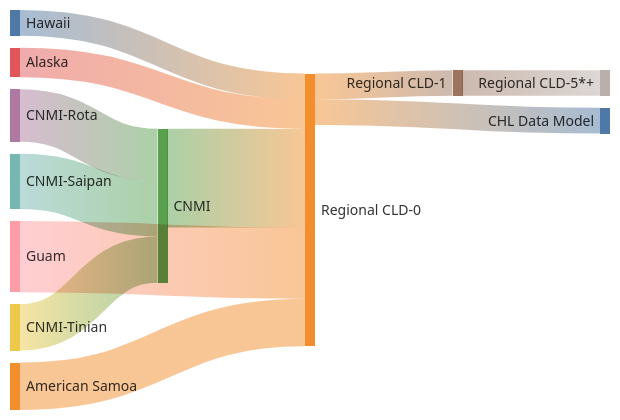
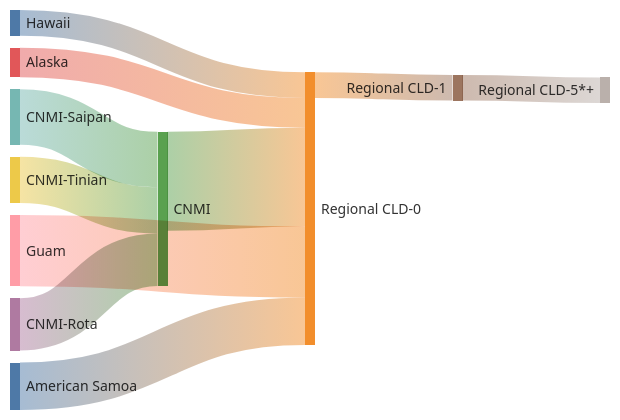
The second of 2 diagrams in CHLFS.md (CBSDLab/sandbox-mermaid), drawn with Mermaid before and after one commit.

````diff
--- a/CHLFS.md
+++ b/CHLFS.md
@@ -31,20 +31,19 @@
 ```mermaid
 ---
 config:
   sankey:
     showValues: false
 ---
 sankey-beta
 
 Hawaii,Regional CLD-0,26
 Alaska,Regional CLD-0,30
 CNMI-Saipan,CNMI,56
 CNMI-Tinian,CNMI,47
 CNMI-Rota,CNMI,53
 CNMI,Regional CLD-0,100
 Guam,Regional CLD-0,72
 Regional CLD-0,Regional CLD-1,26
 Regional CLD-1,Regional CLD-5*+,26
-Regional CLD-0,CHL Data Model,26
 American Samoa,Regional CLD-0,48 
 ```
````
